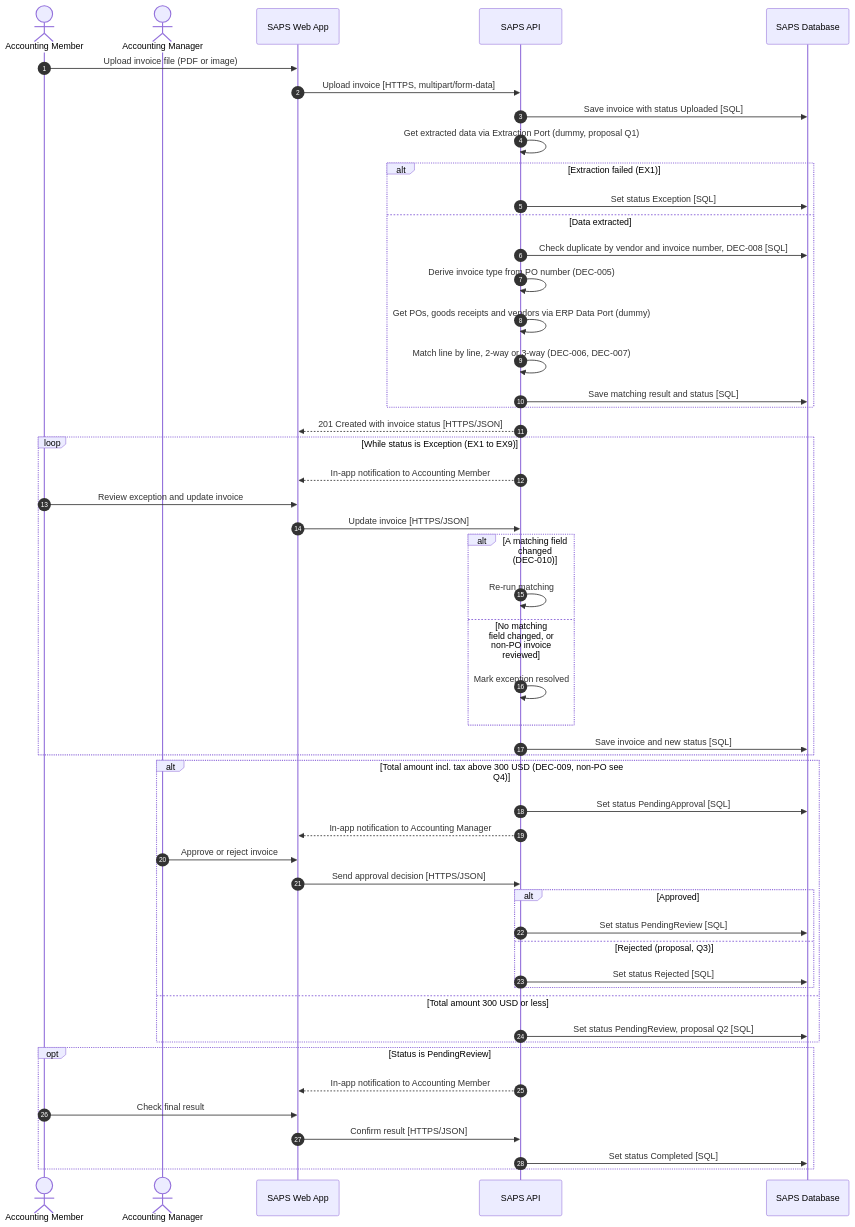
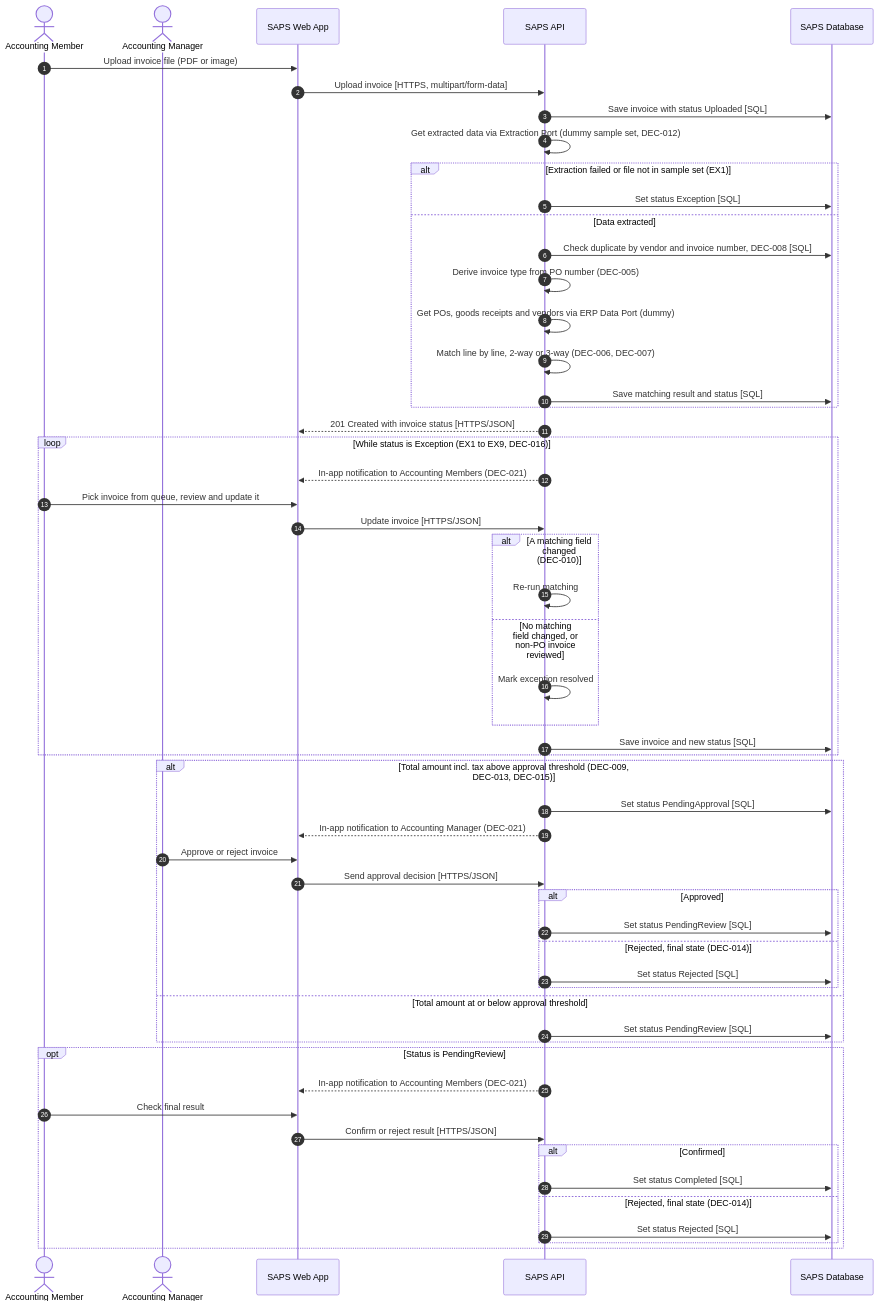
One commit to jiri-nguyen/SAPS changed the first of 2 diagrams in docs/02-architecture/arc42/06-runtime-view.md. Above: the diagram before and after it, drawn with Mermaid. The commit also changed other lines of this file and 7 other files, not shown here.

````diff
--- a/docs/02-architecture/arc42/06-runtime-view.md
+++ b/docs/02-architecture/arc42/06-runtime-view.md
@@ -25,57 +25,61 @@
 ```mermaid
 sequenceDiagram
     autonumber
     actor Member as Accounting Member
     actor Manager as Accounting Manager
     participant Web as SAPS Web App
     participant API as SAPS API
     participant DB as SAPS Database
 
     Member->>Web: Upload invoice file (PDF or image)
     Web->>API: Upload invoice [HTTPS, multipart/form-data]
     API->>DB: Save invoice with status Uploaded [SQL]
-    API->>API: Get extracted data via Extraction Port (dummy, proposal Q1)
-    alt Extraction failed (EX1)
+    API->>API: Get extracted data via Extraction Port (dummy sample set, DEC-012)
+    alt Extraction failed or file not in sample set (EX1)
         API->>DB: Set status Exception [SQL]
     else Data extracted
         API->>DB: Check duplicate by vendor and invoice number, DEC-008 [SQL]
         API->>API: Derive invoice type from PO number (DEC-005)
         API->>API: Get POs, goods receipts and vendors via ERP Data Port (dummy)
         API->>API: Match line by line, 2-way or 3-way (DEC-006, DEC-007)
         API->>DB: Save matching result and status [SQL]
     end
     API-->>Web: 201 Created with invoice status [HTTPS/JSON]
 
-    loop While status is Exception (EX1 to EX9)
-        API-->>Web: In-app notification to Accounting Member
-        Member->>Web: Review exception and update invoice
+    loop While status is Exception (EX1 to EX9, DEC-016)
+        API-->>Web: In-app notification to Accounting Members (DEC-021)
+        Member->>Web: Pick invoice from queue, review and update it
         Web->>API: Update invoice [HTTPS/JSON]
         alt A matching field changed (DEC-010)
             API->>API: Re-run matching
         else No matching field changed, or non-PO invoice reviewed
             API->>API: Mark exception resolved
         end
         API->>DB: Save invoice and new status [SQL]
     end
 
-    alt Total amount incl. tax above 300 USD (DEC-009, non-PO see Q4)
+    alt Total amount incl. tax above approval threshold (DEC-009, DEC-013, DEC-015)
         API->>DB: Set status PendingApproval [SQL]
-        API-->>Web: In-app notification to Accounting Manager
+        API-->>Web: In-app notification to Accounting Manager (DEC-021)
         Manager->>Web: Approve or reject invoice
         Web->>API: Send approval decision [HTTPS/JSON]
         alt Approved
             API->>DB: Set status PendingReview [SQL]
-        else Rejected (proposal, Q3)
+        else Rejected, final state (DEC-014)
             API->>DB: Set status Rejected [SQL]
         end
-    else Total amount 300 USD or less
-        API->>DB: Set status PendingReview, proposal Q2 [SQL]
+    else Total amount at or below approval threshold
+        API->>DB: Set status PendingReview [SQL]
     end
 
     opt Status is PendingReview
-        API-->>Web: In-app notification to Accounting Member
+        API-->>Web: In-app notification to Accounting Members (DEC-021)
         Member->>Web: Check final result
-        Web->>API: Confirm result [HTTPS/JSON]
-        API->>DB: Set status Completed [SQL]
+        Web->>API: Confirm or reject result [HTTPS/JSON]
+        alt Confirmed
+            API->>DB: Set status Completed [SQL]
+        else Rejected, final state (DEC-014)
+            API->>DB: Set status Rejected [SQL]
+        end
     end
 ```
````
